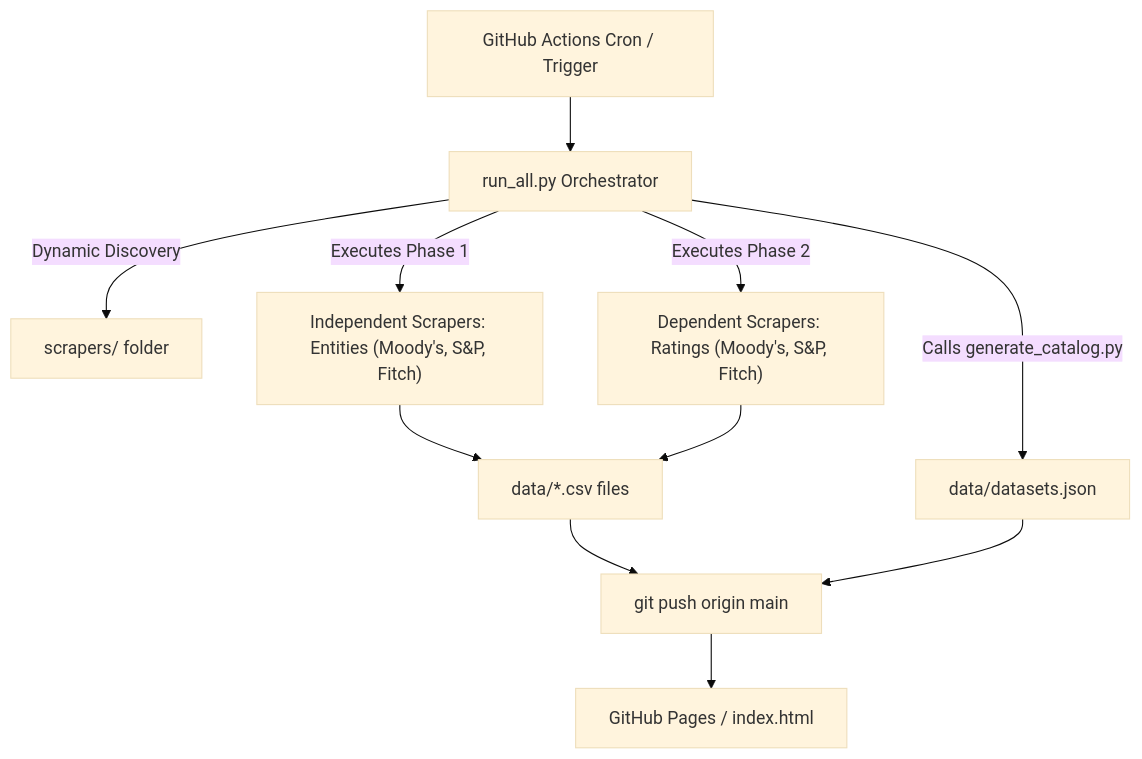
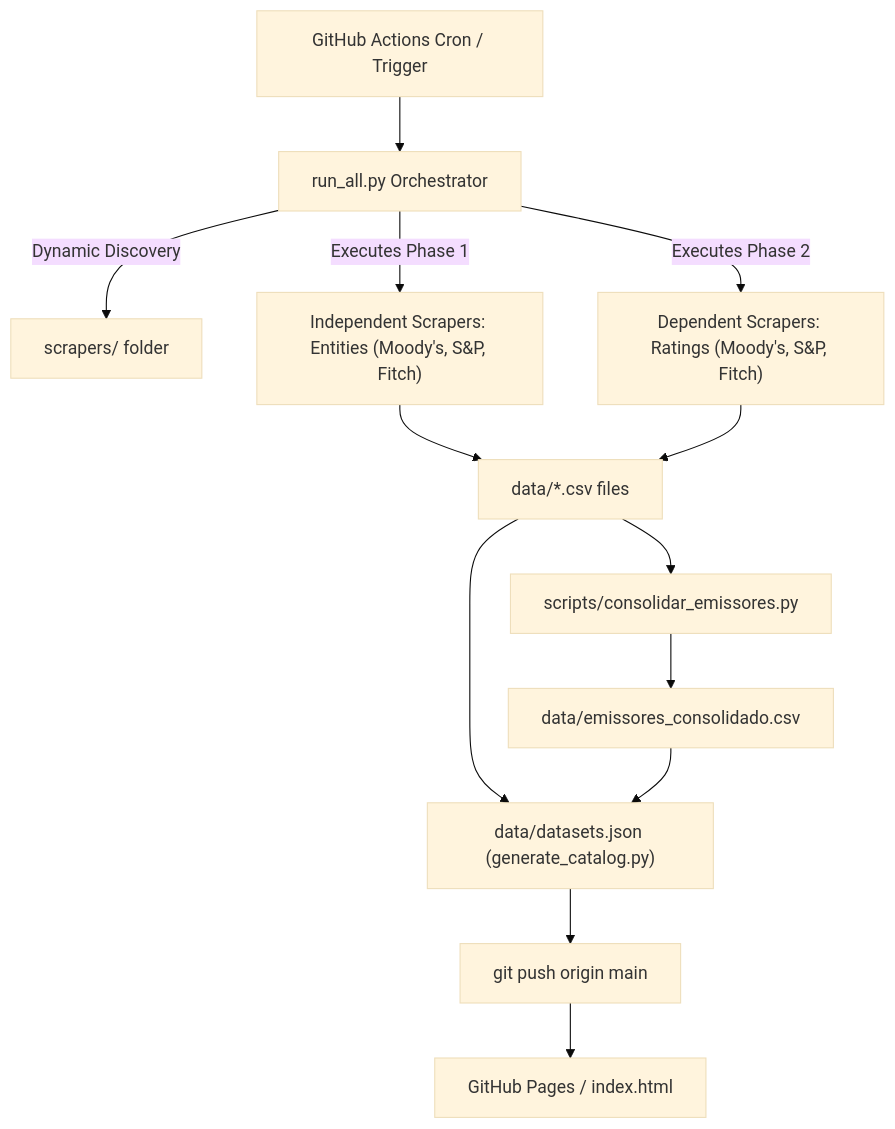
The diagram in README.md (PulseDataLabs/PulseRatingsBrasil), drawn with Mermaid (base theme) before and after one commit. The commit also changed other lines of this file and 27 other files, not shown here.

````diff
--- a/README.md
+++ b/README.md
@@ -43,12 +43,14 @@
 ```mermaid
 graph TD
     A[GitHub Actions Cron / Trigger] --> B[run_all.py Orchestrator]
     B -->|Dynamic Discovery| C["scrapers/ folder"]
     B -->|Executes Phase 1| D["Independent Scrapers: Entities (Moody's, S&P, Fitch)"]
     B -->|Executes Phase 2| E["Dependent Scrapers: Ratings (Moody's, S&P, Fitch)"]
     D --> F["data/*.csv files"]
     E --> F
-    B -->|Calls generate_catalog.py| G["data/datasets.json"]
-    F & G --> H[git push origin main]
-    H --> I[GitHub Pages / index.html]
+    F --> G["scripts/consolidar_emissores.py"]
+    G --> H["data/emissores_consolidado.csv"]
+    F & H --> I["data/datasets.json (generate_catalog.py)"]
+    I --> J[git push origin main]
+    J --> K[GitHub Pages / index.html]
 ```
````
